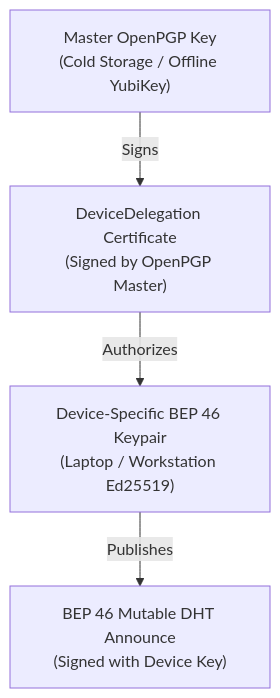
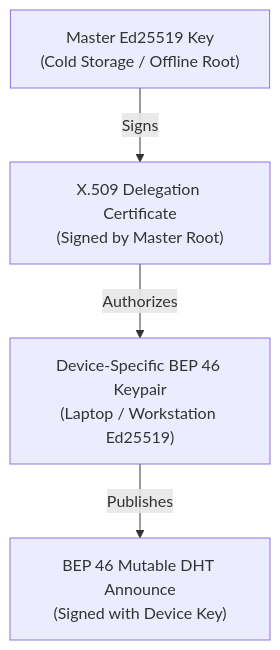
One commit to ccs4ever/gleditor changed the third of 3 diagrams in design/bep46-publication-and-discovery.md. Above: the diagram before and after it, drawn with Mermaid. The commit also changed other lines of this file and 255 other files, not shown here.

````diff
--- a/design/bep46-publication-and-discovery.md
+++ b/design/bep46-publication-and-discovery.md
@@ -226,11 +227,11 @@
 ```mermaid
 graph TD
-    MasterPGP["Master OpenPGP Key<br/>(Cold Storage / Offline YubiKey)"]
-    Cert["DeviceDelegation Certificate<br/>(Signed by OpenPGP Master)"]
+    MasterKey["Master Ed25519 Key<br/>(Cold Storage / Offline Root)"]
+    Cert["X.509 Delegation Certificate<br/>(Signed by Master Root)"]
     DeviceKey["Device-Specific BEP 46 Keypair<br/>(Laptop / Workstation Ed25519)"]
     DHT["BEP 46 Mutable DHT Announce<br/>(Signed with Device Key)"]
 
-    MasterPGP -->|Signs| Cert
+    MasterKey -->|Signs| Cert
     Cert -->|Authorizes| DeviceKey
     DeviceKey -->|Publishes| DHT
 ```
````
